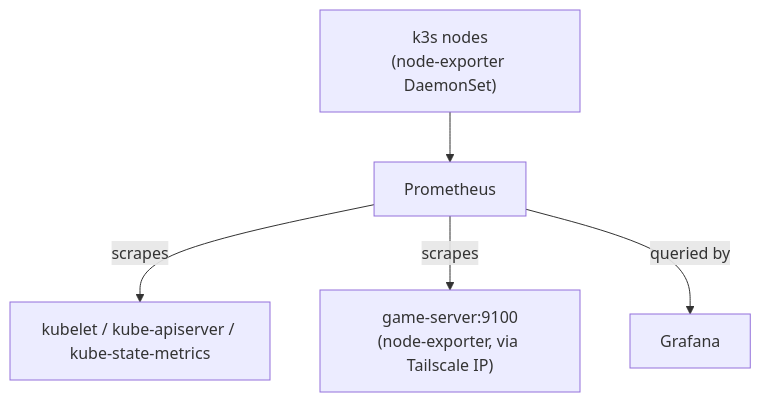
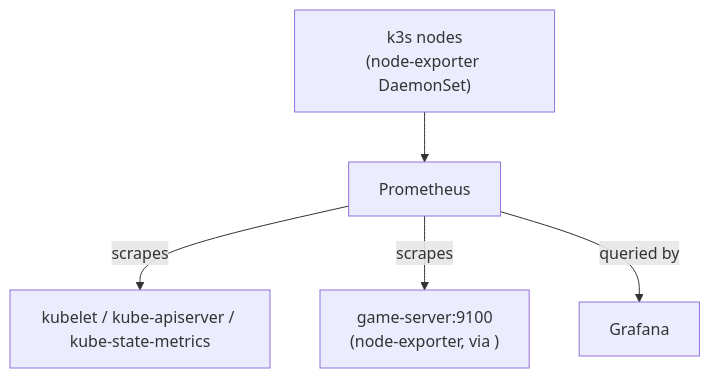
Before and after one commit to hexabyte8/homelab: the diagram in docs/monitoring.md, drawn with Mermaid. The commit also changed other lines of this file and 22 other files, not shown here.

````diff
--- a/docs/monitoring.md
+++ b/docs/monitoring.md
@@ -27,7 +27,7 @@
 ```mermaid
 graph TD
     ne["k3s nodes<br/>(node-exporter DaemonSet)"] --> prom["Prometheus"]
     prom -->|scrapes| k8s["kubelet / kube-apiserver / kube-state-metrics"]
-    prom -->|scrapes| gs["game-server:9100<br/>(node-exporter, via Tailscale IP)"]
+    prom -->|scrapes| gs["game-server:9100<br/>(node-exporter, via <game-server-ts-ip>)"]
     prom -->|queried by| grafana["Grafana"]
 ```
````
